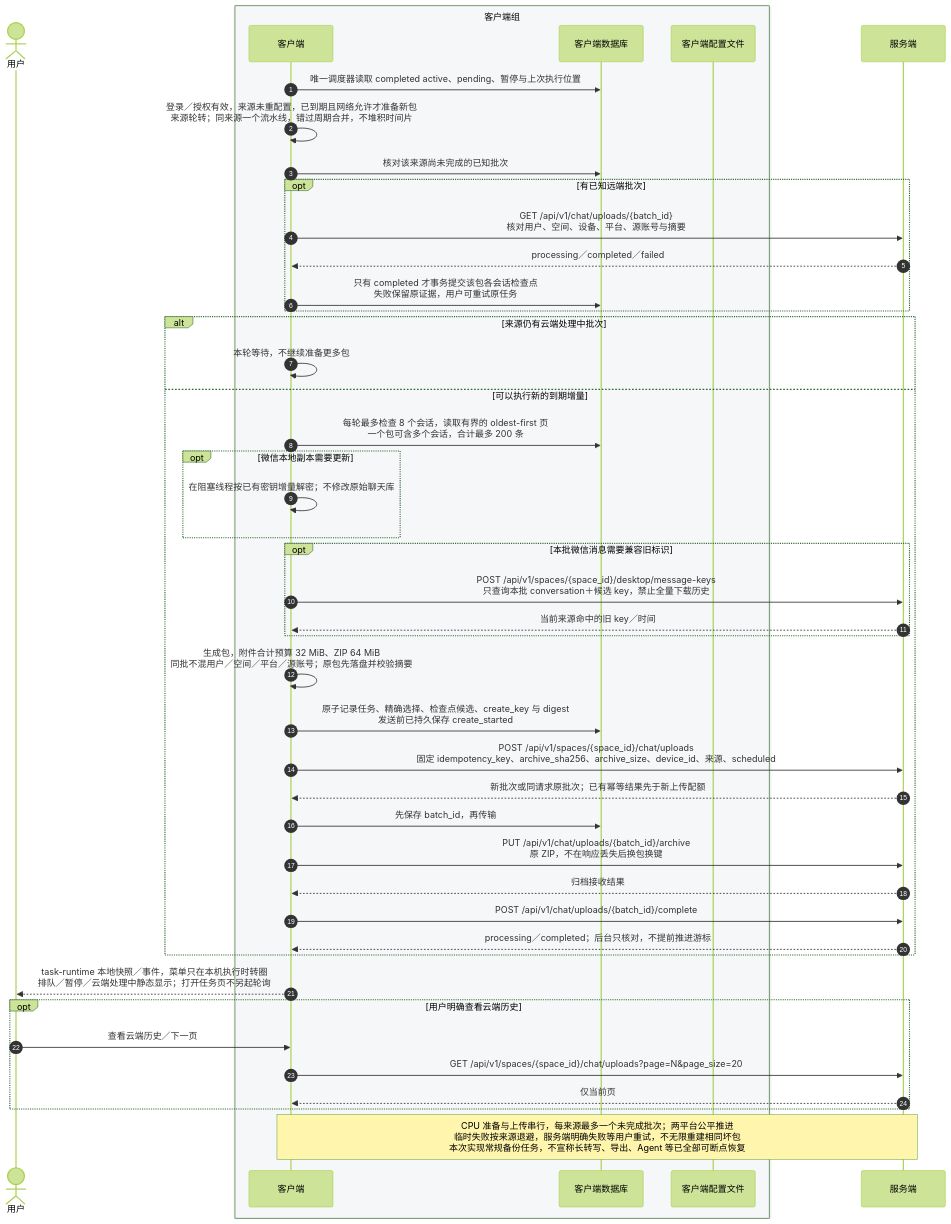
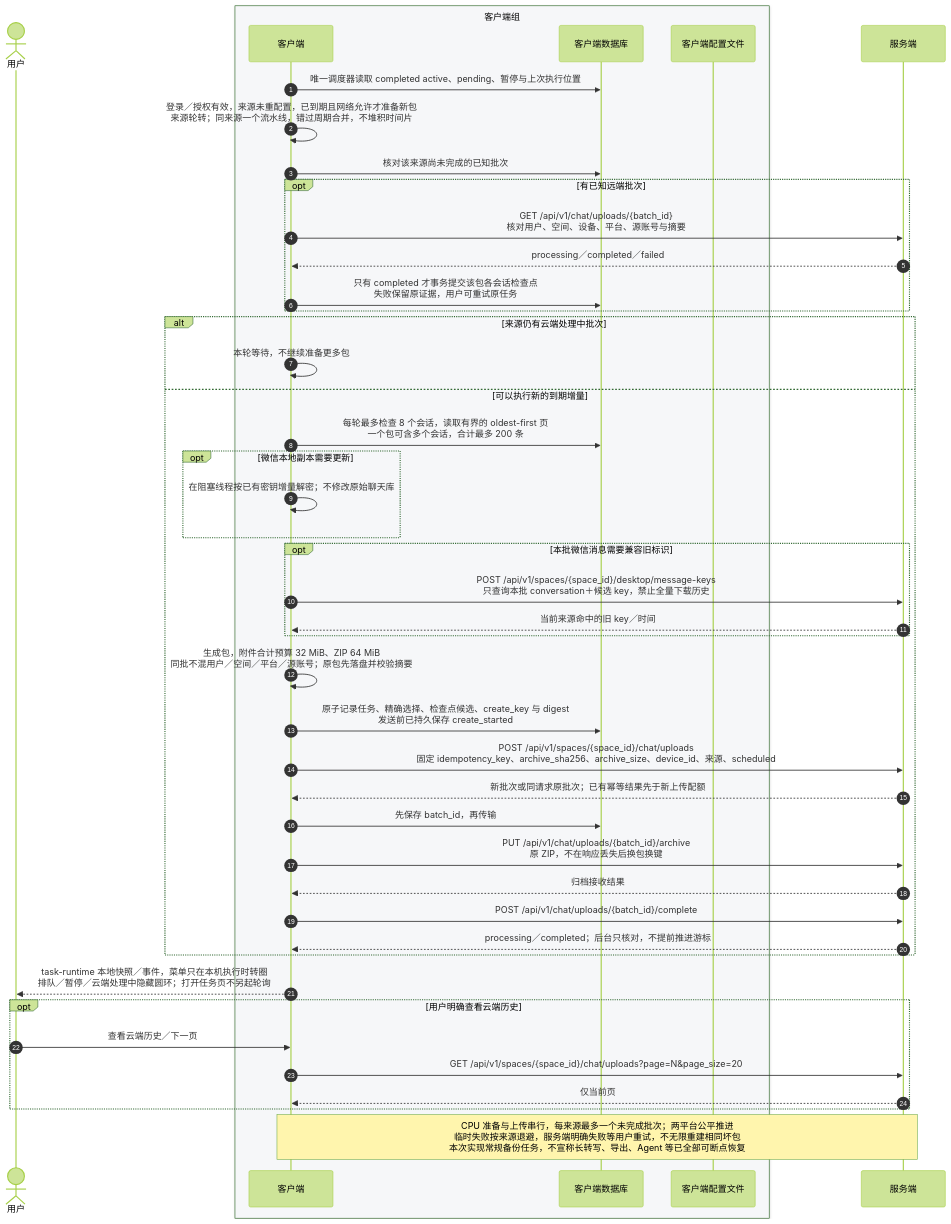
One commit to oneprolabs/devify-desktop changed the fourth of 9 diagrams in ASYNC_TASK_DESIGN.md. Above: the diagram before and after it, drawn with Mermaid (forest theme). The commit also changed other lines of this file and 4 other files, not shown here.

````diff
--- a/ASYNC_TASK_DESIGN.md
+++ b/ASYNC_TASK_DESIGN.md
@@ -207,47 +207,47 @@
 ```mermaid
 sequenceDiagram
     autonumber
     actor U as 用户
     box rgb(246, 247, 249) 客户端组
         participant C as 客户端
         participant D as 客户端数据库
         participant F as 客户端配置文件
     end
     participant S as 服务端
     C->>D: 唯一调度器读取 completed active、pending、暂停与上次执行位置
     C->>C: 登录／授权有效，来源未重配置，已到期且网络允许才准备新包<br/>来源轮转；同来源一个流水线，错过周期合并，不堆积时间片
     C->>D: 核对该来源尚未完成的已知批次
     opt 有已知远端批次
         C->>S: GET /api/v1/chat/uploads/{batch_id}<br/>核对用户、空间、设备、平台、源账号与摘要
         S-->>C: processing／completed／failed
         C->>D: 只有 completed 才事务提交该包各会话检查点<br/>失败保留原证据，用户可重试原任务
     end
     alt 来源仍有云端处理中批次
         C->>C: 本轮等待，不继续准备更多包
     else 可以执行新的到期增量
         C->>D: 每轮最多检查 8 个会话，读取有界的 oldest-first 页<br/>一个包可含多个会话，合计最多 200 条
         opt 微信本地副本需要更新
             C->>C: 在阻塞线程按已有密钥增量解密；不修改原始聊天库
         end
         opt 本批微信消息需要兼容旧标识
             C->>S: POST /api/v1/spaces/{space_id}/desktop/message-keys<br/>只查询本批 conversation＋候选 key，禁止全量下载历史
             S-->>C: 当前来源命中的旧 key／时间
         end
         C->>C: 生成包，附件合计预算 32 MiB、ZIP 64 MiB<br/>同批不混用户／空间／平台／源账号；原包先落盘并校验摘要
         C->>D: 原子记录任务、精确选择、检查点候选、create_key 与 digest<br/>发送前已持久保存 create_started
         C->>S: POST /api/v1/spaces/{space_id}/chat/uploads<br/>固定 idempotency_key、archive_sha256、archive_size、device_id、来源、scheduled
         S-->>C: 新批次或同请求原批次；已有幂等结果先于新上传配额
         C->>D: 先保存 batch_id，再传输
         C->>S: PUT /api/v1/chat/uploads/{batch_id}/archive<br/>原 ZIP，不在响应丢失后换包换键
         S-->>C: 归档接收结果
         C->>S: POST /api/v1/chat/uploads/{batch_id}/complete
         S-->>C: processing／completed；后台只核对，不提前推进游标
     end
-    C-->>U: task-runtime 本地快照／事件，菜单只在本机执行时转圈<br/>排队／暂停／云端处理中静态显示；打开任务页不另起轮询
+    C-->>U: task-runtime 本地快照／事件，菜单只在本机执行时转圈<br/>排队／暂停／云端处理中隐藏圆环；打开任务页不另起轮询
     opt 用户明确查看云端历史
         U->>C: 查看云端历史／下一页
         C->>S: GET /api/v1/spaces/{space_id}/chat/uploads?page=N&page_size=20
         S-->>C: 仅当前页
     end
     Note over C,S: CPU 准备与上传串行，每来源最多一个未完成批次；两平台公平推进<br/>临时失败按来源退避，服务端明确失败等用户重试，不无限重建相同坏包<br/>本次实现常规备份任务，不宣称长转写、导出、Agent 等已全部可断点恢复
 ```
````
